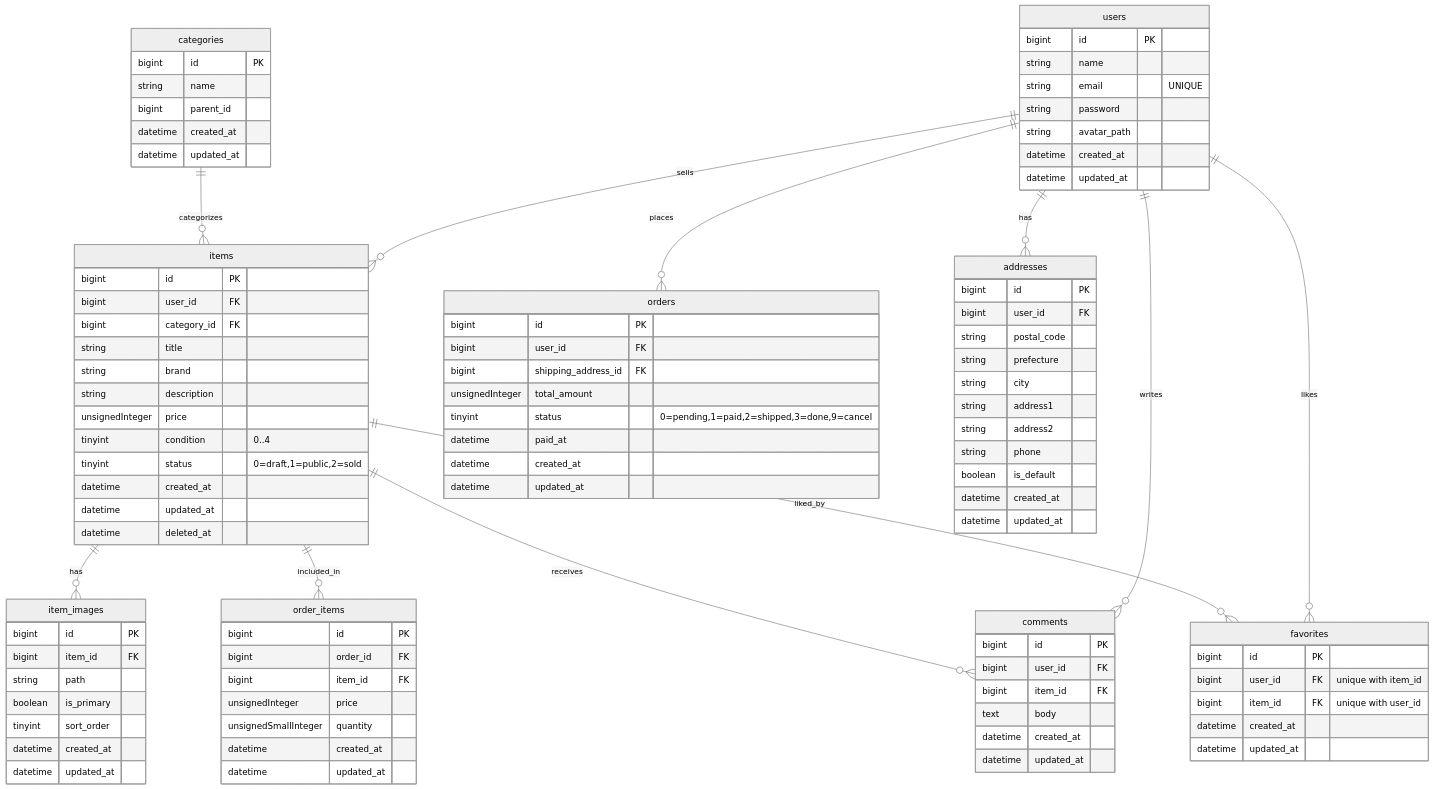
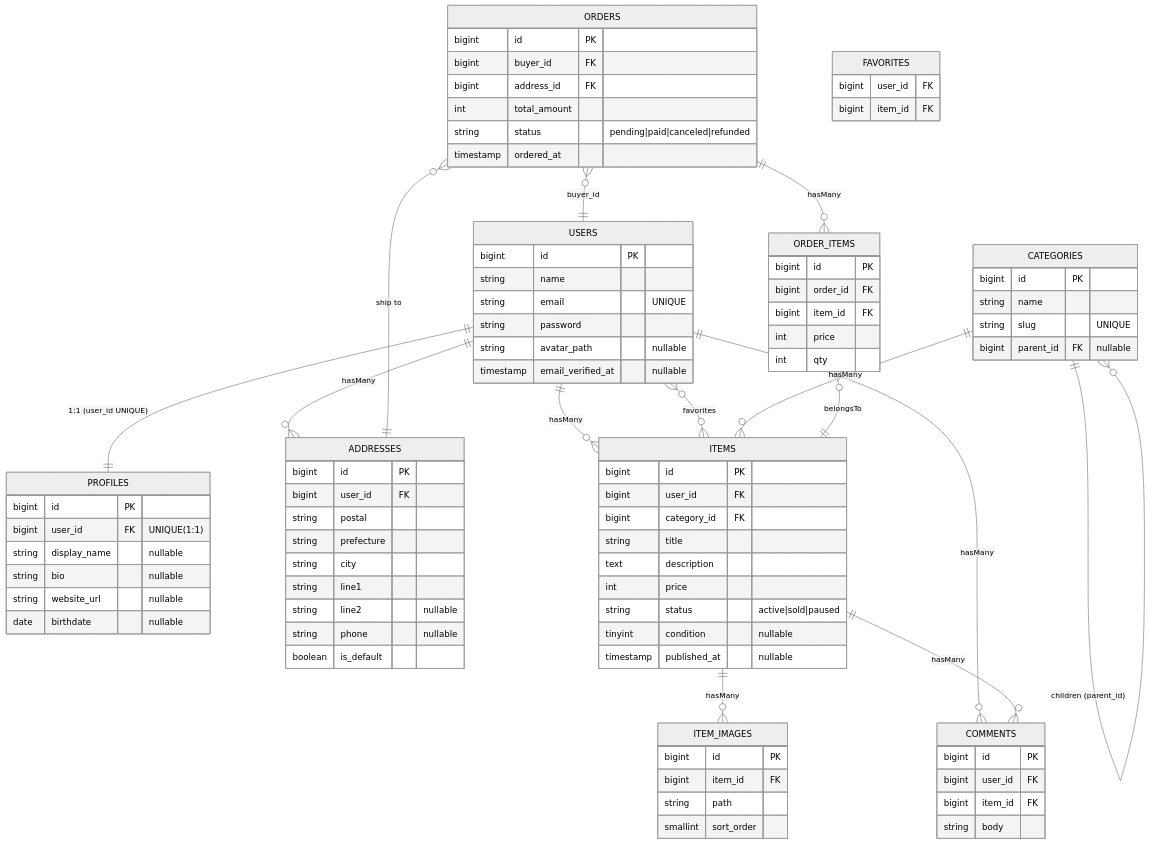
One commit to s-aino/ShinyaAino-kadai_FreeMarket changed the diagram in docs/er.mmd. Above: the diagram before and after it, drawn with Mermaid (neutral theme).

Commit message:
docs(ER): update ER diagram to latest schema (profiles + order_items)

```diff
--- a/docs/er.mmd
+++ b/docs/er.mmd
@@ -1,99 +1,101 @@
+erDiagram
+  USERS ||--|| PROFILES : "1:1 (user_id UNIQUE)"
+  USERS ||--o{ ADDRESSES : hasMany
+  USERS ||--o{ ITEMS : hasMany
+  USERS ||--o{ COMMENTS : hasMany
+  USERS }o--o{ ITEMS : "favorites"
 
-erDiagram
-  users ||--o{ items : sells
-  users ||--o{ orders : places
-  users ||--o{ addresses : has
-  users ||--o{ comments : writes
-  items ||--o{ item_images : has
-  items ||--o{ order_items : included_in
-  items ||--o{ comments : receives
-  users ||--o{ favorites : likes
-  items ||--o{ favorites : liked_by
-  categories ||--o{ items : categorizes
+  ITEMS ||--o{ ITEM_IMAGES : hasMany
+  ITEMS ||--o{ COMMENTS : hasMany
+  CATEGORIES ||--o{ ITEMS : hasMany
+  CATEGORIES ||--o{ CATEGORIES : "children (parent_id)"
 
-  users {
+  ORDERS }o--|| USERS : "buyer_id"
+  ORDERS }o--|| ADDRESSES : "ship to"
+  ORDERS ||--o{ ORDER_ITEMS : hasMany
+  ORDER_ITEMS }o--|| ITEMS : belongsTo
+
+  USERS {
+    bigint   id PK
+    string   name
+    string   email        "UNIQUE"
+    string   password
+    string   avatar_path  "nullable"
+    timestamp email_verified_at "nullable"
+  }
+
+  PROFILES {
+    bigint id PK
+    bigint user_id FK  "UNIQUE(1:1)"
+    string display_name "nullable"
+    string bio          "nullable"
+    string website_url  "nullable"
+    date   birthdate    "nullable"
+  }
+
+  CATEGORIES {
     bigint id PK
     string name
-    string email "UNIQUE"
-    string password
-    string avatar_path
-    datetime created_at
-    datetime updated_at
+    string slug "UNIQUE"
+    bigint parent_id FK "nullable"
   }
-  items {
+
+  ITEMS {
     bigint id PK
     bigint user_id FK
     bigint category_id FK
     string title
-    string brand
-    string description
-    unsignedInteger price
-    tinyint condition "0..4"
-    tinyint status "0=draft,1=public,2=sold"
-    datetime created_at
-    datetime updated_at
-    datetime deleted_at
+    text   description
+    int    price
+    string status        "active|sold|paused"
+    tinyint condition    "nullable"
+    timestamp published_at "nullable"
   }
-  item_images {
+
+  ITEM_IMAGES {
     bigint id PK
     bigint item_id FK
     string path
-    boolean is_primary
-    tinyint sort_order
-    datetime created_at
-    datetime updated_at
+    smallint sort_order
   }
-  categories {
+
+  FAVORITES {
+    bigint user_id FK
+    bigint item_id FK
+  }
+
+  ORDERS {
     bigint id PK
-    string name
-    bigint parent_id
-    datetime created_at
-    datetime updated_at
+    bigint buyer_id FK
+    bigint address_id FK
+    int    total_amount
+    string status        "pending|paid|canceled|refunded"
+    timestamp ordered_at
   }
-  favorites {
+
+  ORDER_ITEMS {
     bigint id PK
-    bigint user_id FK "unique with item_id"
-    bigint item_id FK "unique with user_id"
-    datetime created_at
-    datetime updated_at
+    bigint order_id FK
+    bigint item_id FK
+    int    price
+    int    qty
   }
-  comments {
+
+  ADDRESSES {
+    bigint id PK
+    bigint user_id FK
+    string postal
+    string prefecture
+    string city
+    string line1
+    string line2  "nullable"
+    string phone  "nullable"
+    boolean is_default
+  }
+
+  COMMENTS {
     bigint id PK
     bigint user_id FK
     bigint item_id FK
-    text body
-    datetime created_at
-    datetime updated_at
+    string body
   }
-  orders {
-    bigint id PK
-    bigint user_id FK
-    bigint shipping_address_id FK
-    unsignedInteger total_amount
-    tinyint status "0=pending,1=paid,2=shipped,3=done,9=cancel"
-    datetime paid_at
-    datetime created_at
-    datetime updated_at
-  }
-  order_items {
-    bigint id PK
-    bigint order_id FK
-    bigint item_id FK
-    unsignedInteger price
-    unsignedSmallInteger quantity
-    datetime created_at
-    datetime updated_at
-  }
-  addresses {
-    bigint id PK
-    bigint user_id FK
-    string postal_code
-    string prefecture
-    string city
-    string address1
-    string address2
-    string phone
-    boolean is_default
-    datetime created_at
-    datetime updated_at
-  }
```
